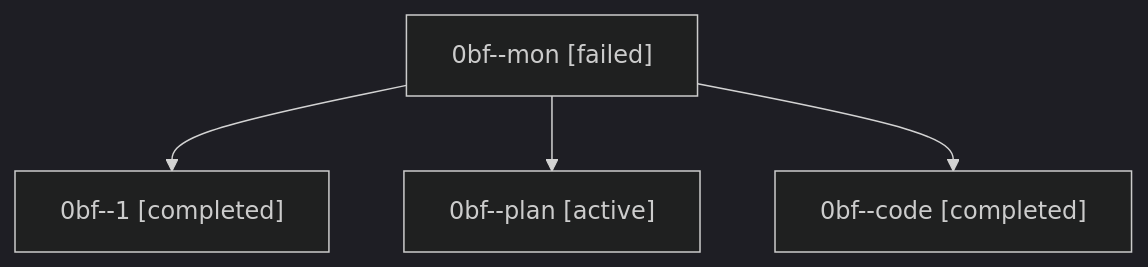
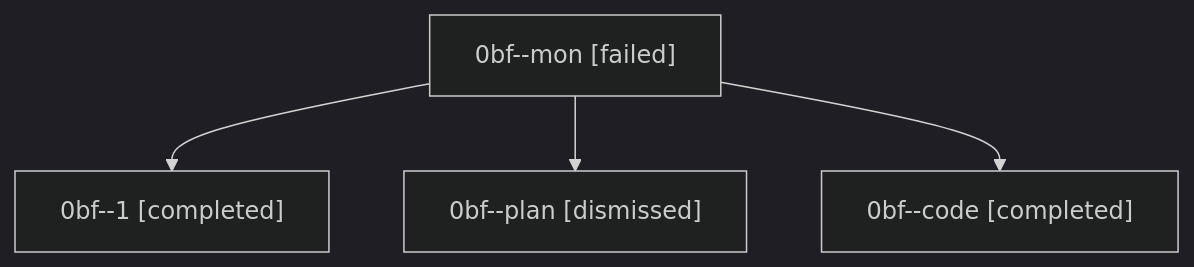
One commit to sase-org/sase--agents changed the diagram in sessions/bbugyi200.athena.0bf.md. Above: the diagram before and after it, drawn with Mermaid (dark theme). The commit also changed other lines of this file and 24 other files, not shown here.

````diff
--- a/sessions/bbugyi200.athena.0bf.md
+++ b/sessions/bbugyi200.athena.0bf.md
@@ -9,10 +9,10 @@
 ```mermaid
 flowchart TD
   n0["0bf--mon [failed]"]
   n1["0bf--1 [completed]"]
   n0 --> n1
-  n2["0bf--plan [active]"]
+  n2["0bf--plan [dismissed]"]
   n0 --> n2
   n3["0bf--code [completed]"]
   n0 --> n3
 ```
````
